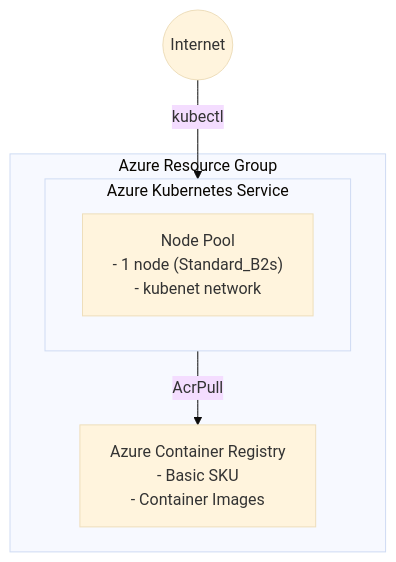
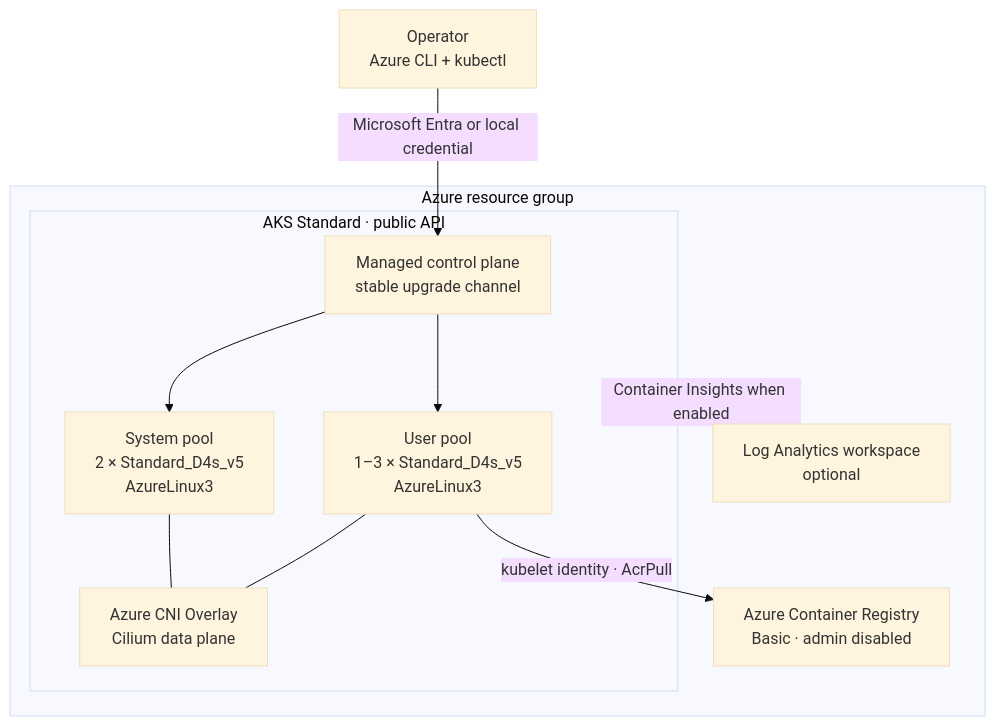
Before and after one commit to ks6088ts/template-terraform: the diagram in infra/scenarios/azure_kubernetes_playground/README.md, drawn with Mermaid (base theme). The commit also changed other lines of this file and 28 other files, not shown here.

First line of the commit message:
Enhance OpenTelemetry Kubernetes and Local Deployments

````diff
--- a/infra/scenarios/azure_kubernetes_playground/README.md
+++ b/infra/scenarios/azure_kubernetes_playground/README.md
@@ -28,15 +43,24 @@
 ```mermaid
 flowchart TB
-    Internet((Internet))
+    Operator["Operator<br/>Azure CLI + kubectl"]
 
-    subgraph Azure["Azure Resource Group"]
-        ACR["Azure Container Registry<br/>- Basic SKU<br/>- Container Images"]
+    subgraph RG["Azure resource group"]
+        ACR["Azure Container Registry<br/>Basic · admin disabled"]
+        LAW["Log Analytics workspace<br/>optional"]
 
-        subgraph AKS["Azure Kubernetes Service"]
-            Node["Node Pool<br/>- 1 node (Standard_B2s)<br/>- kubenet network"]
+        subgraph AKS["AKS Standard · public API"]
+            API["Managed control plane<br/>stable upgrade channel"]
+            SYS["System pool<br/>2 × Standard_D4s_v5<br/>AzureLinux3"]
+            USER["User pool<br/>1–3 × Standard_D4s_v5<br/>AzureLinux3"]
+            CILIUM["Azure CNI Overlay<br/>Cilium data plane"]
         end
     end
 
-    Internet -->|kubectl| AKS
-    AKS -->|AcrPull| ACR
+    Operator -->|Microsoft Entra or local credential| API
+    API --> SYS
+    API --> USER
+    SYS --- CILIUM
+    USER --- CILIUM
+    USER -->|kubelet identity · AcrPull| ACR
+    AKS -.->|Container Insights when enabled| LAW
 ```
````
